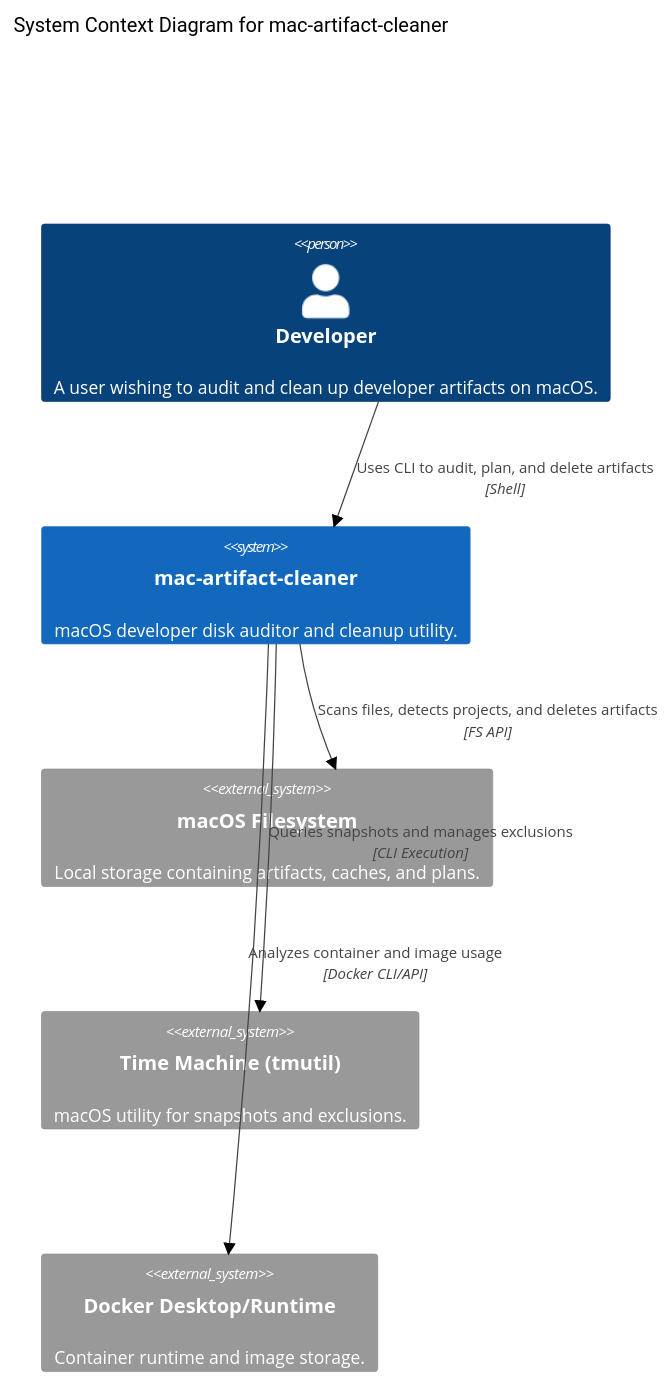
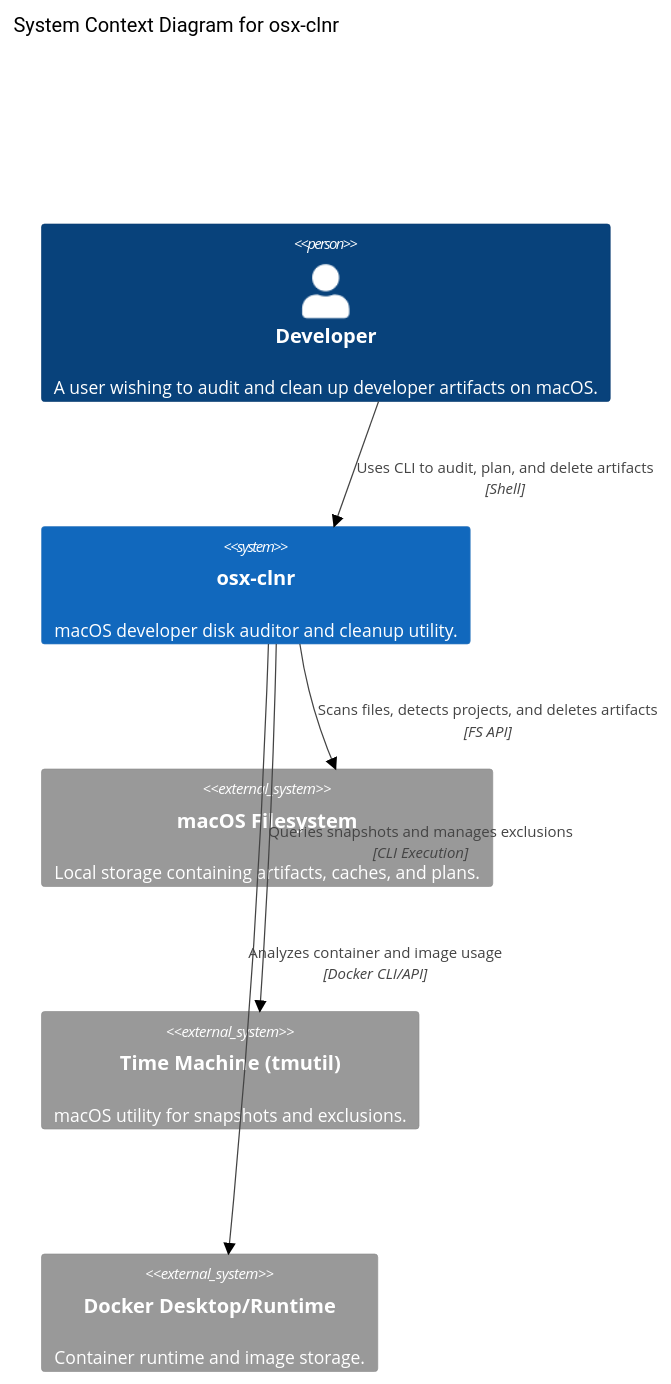
The first of 2 diagrams in docs/diagrams/C4_ARCHITECTURE.md (seanchatmangpt/mac-artifact-cleaner), drawn with Mermaid (neutral theme) before and after one commit. The commit also changed other lines of this file and 40 other files, not shown here.

First line of the commit message:
chore(rename): rename project to osx-clnr and binary to oclnr

````diff
--- a/docs/diagrams/C4_ARCHITECTURE.md
+++ b/docs/diagrams/C4_ARCHITECTURE.md
@@ -9,16 +9,16 @@
 ```mermaid
 C4Context
-    title System Context Diagram for mac-artifact-cleaner
+    title System Context Diagram for osx-clnr
 
     Person(developer, "Developer", "A user wishing to audit and clean up developer artifacts on macOS.")
-    System(mac_artifact_cleaner, "mac-artifact-cleaner", "macOS developer disk auditor and cleanup utility.")
+    System(mac_artifact_cleaner, "osx-clnr", "macOS developer disk auditor and cleanup utility.")
 
     System_Ext(filesystem, "macOS Filesystem", "Local storage containing artifacts, caches, and plans.")
     System_Ext(tmutil, "Time Machine (tmutil)", "macOS utility for snapshots and exclusions.")
     System_Ext(docker, "Docker Desktop/Runtime", "Container runtime and image storage.")
 
     Rel(developer, mac_artifact_cleaner, "Uses CLI to audit, plan, and delete artifacts", "Shell")
     Rel(mac_artifact_cleaner, filesystem, "Scans files, detects projects, and deletes artifacts", "FS API")
     Rel(mac_artifact_cleaner, tmutil, "Queries snapshots and manages exclusions", "CLI Execution")
     Rel(mac_artifact_cleaner, docker, "Analyzes container and image usage", "Docker CLI/API")
 ```
````
